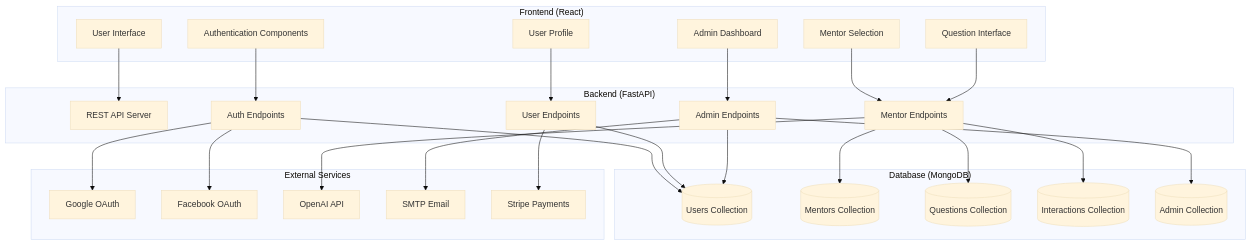
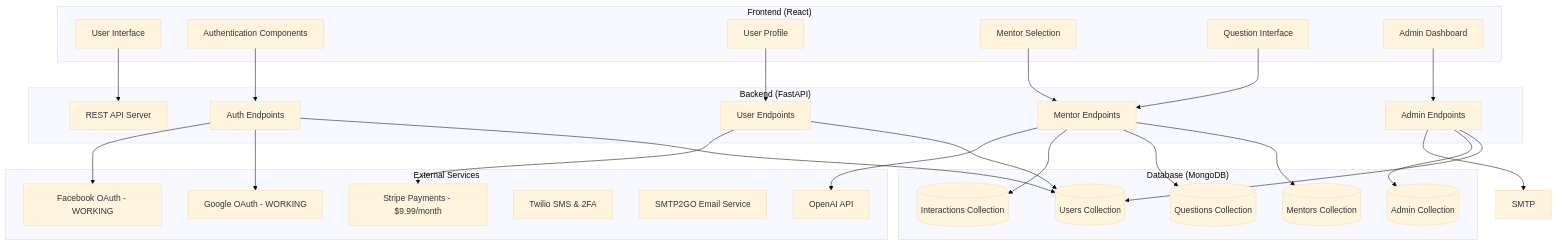
The first of 7 diagrams in ONLYMENTORS_WORKFLOW_DIAGRAMS.md (pdorsey2112/onlymentors.ai), drawn with Mermaid (base theme) before and after one commit.

Commit message:
auto-commit for e8720c99-f866-4dfc-a718-af04b9fafe1c

````diff
--- a/ONLYMENTORS_WORKFLOW_DIAGRAMS.md
+++ b/ONLYMENTORS_WORKFLOW_DIAGRAMS.md
@@ -5,61 +5,62 @@
 ```mermaid
 graph TB
     %% Frontend Layer
     subgraph "Frontend (React)"
         UI[User Interface]
         Auth[Authentication Components]
         Profile[User Profile]
         Mentor[Mentor Selection]
         Question[Question Interface]
         Admin[Admin Dashboard]
     end
 
     %% Backend Layer
     subgraph "Backend (FastAPI)"
         API[REST API Server]
         AuthAPI[Auth Endpoints]
         UserAPI[User Endpoints]
         MentorAPI[Mentor Endpoints]
         AdminAPI[Admin Endpoints]
     end
 
     %% Database Layer
     subgraph "Database (MongoDB)"
         UserDB[(Users Collection)]
         MentorDB[(Mentors Collection)]
         QuestionDB[(Questions Collection)]
         InteractionDB[(Interactions Collection)]
         AdminDB[(Admin Collection)]
     end
 
     %% External Services
     subgraph "External Services"
-        GoogleOAuth[Google OAuth]
-        FacebookOAuth[Facebook OAuth]
+        GoogleOAuth[Google OAuth - WORKING]
+        FacebookOAuth[Facebook OAuth - WORKING]
         OpenAI[OpenAI API]
-        SMTP[SMTP Email]
-        Stripe[Stripe Payments]
+        TwilioSMS[Twilio SMS & 2FA]
+        SMTP2GO[SMTP2GO Email Service]
+        Stripe[Stripe Payments - $9.99/month]
     end
 
     %% Connections
     UI --> API
     Auth --> AuthAPI
     Profile --> UserAPI
     Mentor --> MentorAPI
     Question --> MentorAPI
     Admin --> AdminAPI
 
     AuthAPI --> UserDB
     UserAPI --> UserDB
     MentorAPI --> MentorDB
     MentorAPI --> QuestionDB
     MentorAPI --> InteractionDB
     AdminAPI --> UserDB
     AdminAPI --> AdminDB
 
     AuthAPI --> GoogleOAuth
     AuthAPI --> FacebookOAuth
     MentorAPI --> OpenAI
     AdminAPI --> SMTP
     UserAPI --> Stripe
 ```
````
